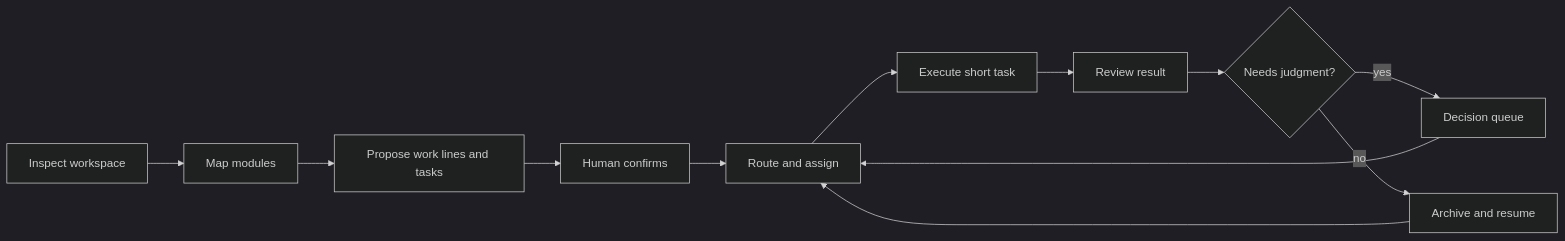
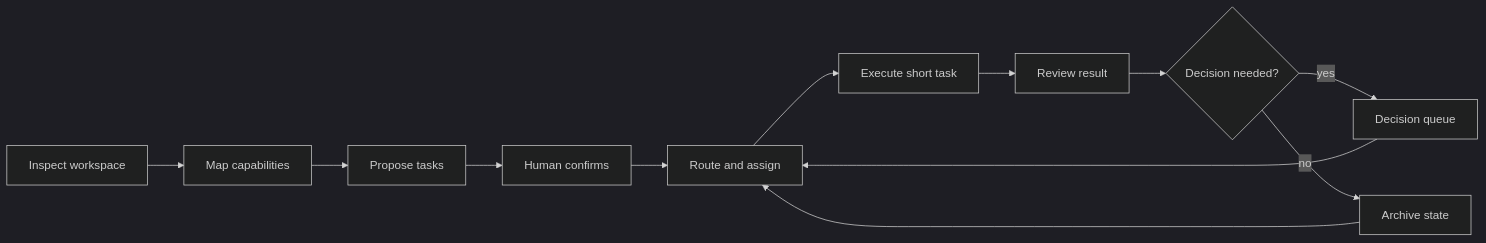
The diagram in README.md (Dengk3Li/personal-ai-os-core), drawn with Mermaid (dark theme) before and after one commit. The commit also changed other lines of this file and 13 other files, not shown here.

````diff
--- a/README.md
+++ b/README.md
@@ -27,14 +31,14 @@
 ```mermaid
 flowchart LR
-    I[Inspect workspace] --> M[Map modules]
-    M --> P[Propose work lines and tasks]
+    I[Inspect workspace] --> M[Map capabilities]
+    M --> P[Propose tasks]
     P --> H[Human confirms]
     H --> R[Route and assign]
     R --> E[Execute short task]
     E --> V[Review result]
-    V --> D{Needs judgment?}
+    V --> D{Decision needed?}
     D -->|yes| G[Decision queue]
     G --> R
-    D -->|no| A[Archive and resume]
+    D -->|no| A[Archive state]
     A --> R
 ```
````
